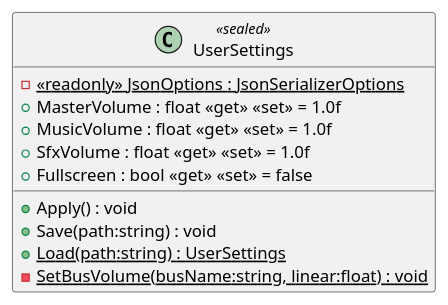
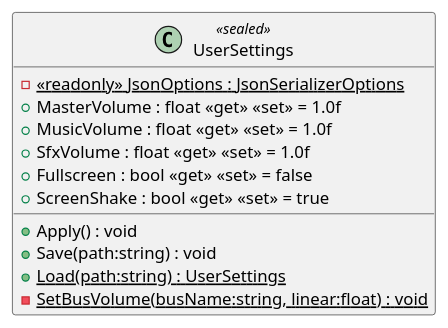
Before and after one commit to Tai-trinh/skock: the diagram in diagrams/csharp/client/src/meta/UserSettings.puml, drawn with PlantUML. The commit also changed 17 other files, not shown here.

First line of the commit message:
Add battle SFX, screen shake, and hit/destruction particle effects

```diff
--- a/diagrams/csharp/client/src/meta/UserSettings.puml
+++ b/diagrams/csharp/client/src/meta/UserSettings.puml
@@ -1,13 +1,14 @@
 @startuml
 class UserSettings <<sealed>> {
     - {static} <<readonly>> JsonOptions : JsonSerializerOptions
     + MasterVolume : float <<get>> <<set>> = 1.0f
     + MusicVolume : float <<get>> <<set>> = 1.0f
     + SfxVolume : float <<get>> <<set>> = 1.0f
     + Fullscreen : bool <<get>> <<set>> = false
+    + ScreenShake : bool <<get>> <<set>> = true
     + Apply() : void
     + Save(path:string) : void
     + {static} Load(path:string) : UserSettings
     - {static} SetBusVolume(busName:string, linear:float) : void
 }
 @enduml
```
